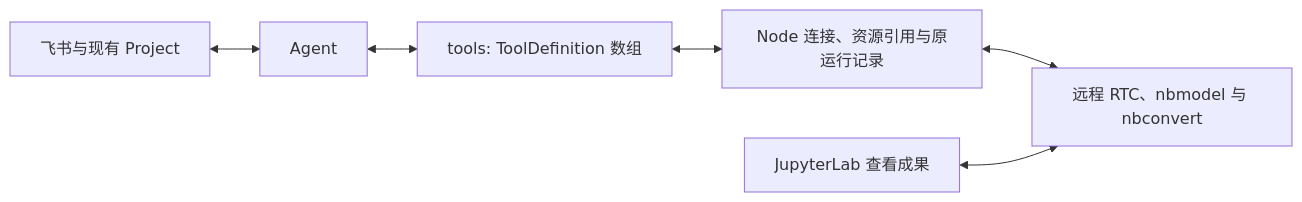
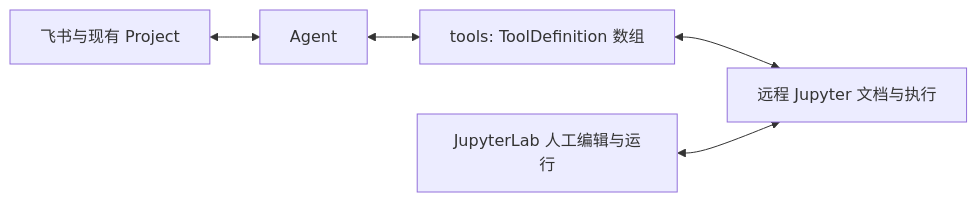
The diagram in docs/designs/jupyter-harness.md (hs3180/disclaude), drawn with Mermaid before and after one commit. The commit also changed other lines of this file and 39 other files, not shown here.

````diff
--- a/docs/designs/jupyter-harness.md
+++ b/docs/designs/jupyter-harness.md
@@ -17,8 +20,7 @@
 ```mermaid
 flowchart LR
   F[飞书与现有 Project] <--> A[Agent]
   A <--> T[tools: ToolDefinition 数组]
-  T <--> N[Node 连接、资源引用与原运行记录]
-  N <--> J[远程 RTC、nbmodel 与 nbconvert]
-  H[JupyterLab 查看成果] <--> J
+  T <--> J[远程 Jupyter 文档与执行]
+  H[JupyterLab 人工编辑与运行] <--> J
 ```
````
